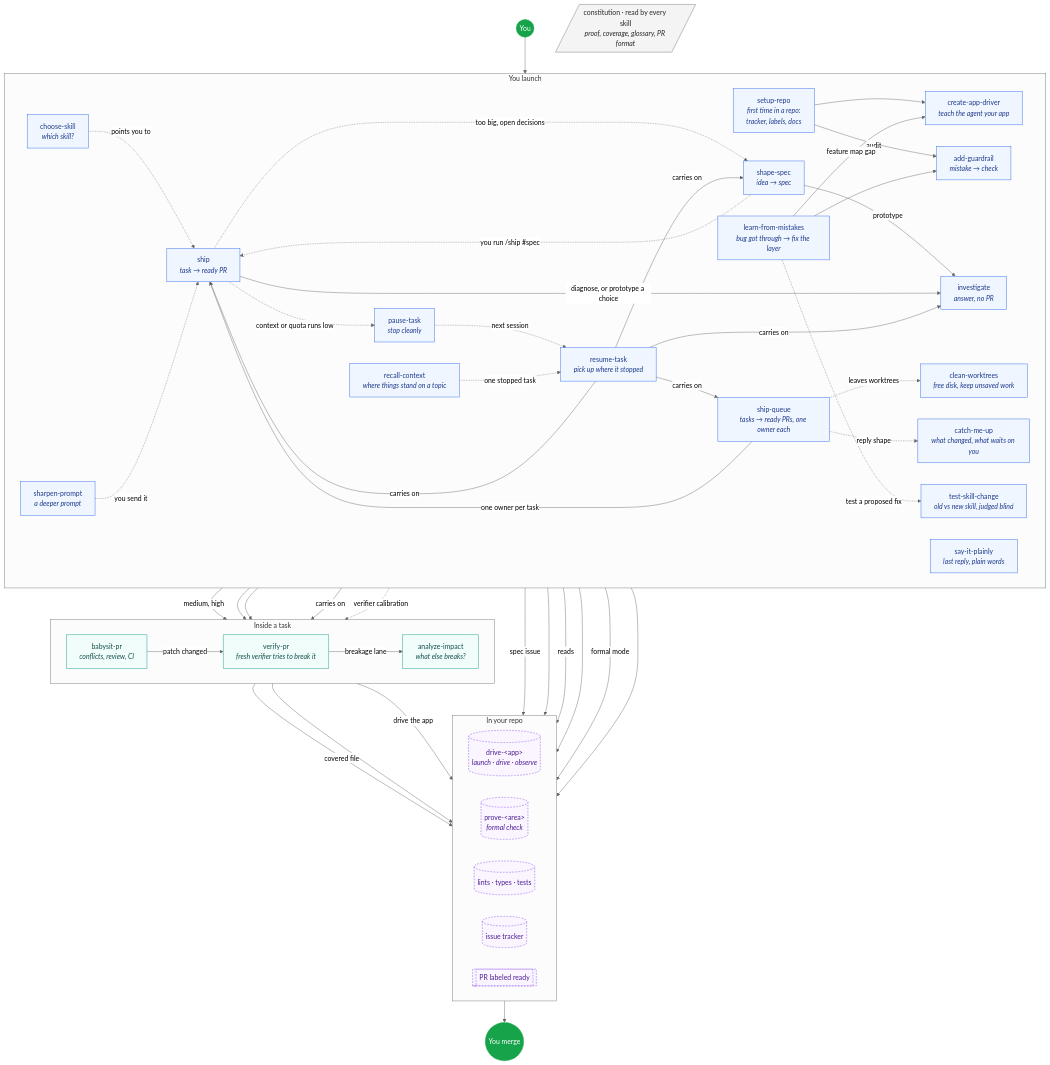
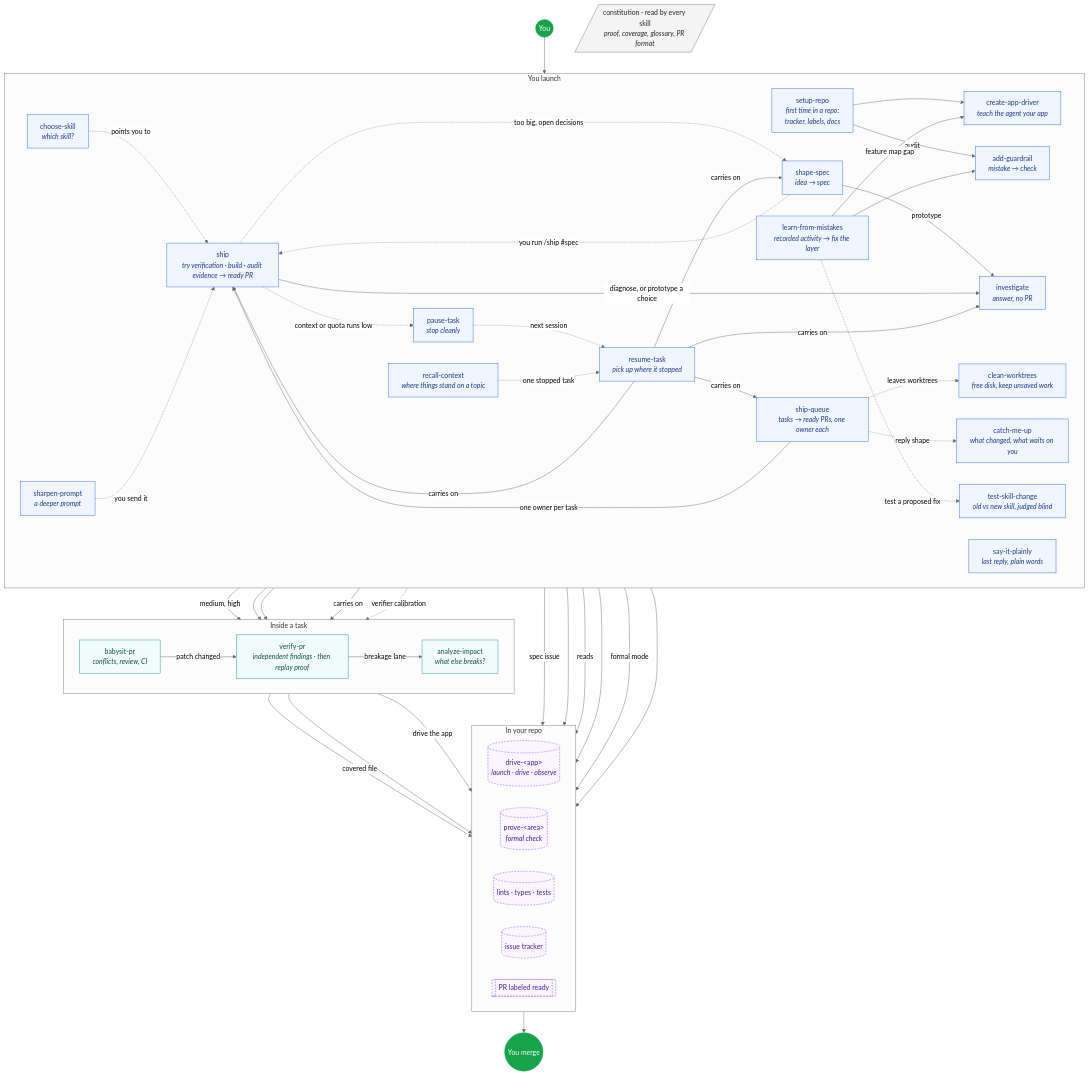
The first of 2 diagrams in skills/README.md (Ilian-Allaf/skillstack), drawn with Mermaid (neutral theme) before and after one commit. The commit also changed other lines of this file and 14 other files, not shown here.

Commit message:
Check verification setup and evidence after first framework use

```diff
--- a/skills/README.md
+++ b/skills/README.md
@@ -14,7 +14,7 @@
     setup["setup-repo<br/><i>first time in a repo:<br/>tracker, labels, docs</i>"]
     shape["shape-spec<br/><i>idea → spec</i>"]
     investigate["investigate<br/><i>answer, no PR</i>"]
-    ship["ship<br/><i>task → ready PR</i>"]
+    ship["ship<br/><i>try verification · build · audit evidence → ready PR</i>"]
     queue["ship-queue<br/><i>tasks → ready PRs, one owner each</i>"]
     pause["pause-task<br/><i>stop cleanly</i>"]
     resume["resume-task<br/><i>pick up where it stopped</i>"]
@@ -23,7 +23,7 @@
     cleanwt["clean-worktrees<br/><i>free disk, keep unsaved work</i>"]
     guard["add-guardrail<br/><i>mistake → check</i>"]
     cva["create-app-driver<br/><i>teach the agent your app</i>"]
-    learn["learn-from-mistakes<br/><i>bug got through → fix the layer</i>"]
+    learn["learn-from-mistakes<br/><i>recorded activity → fix the layer</i>"]
     testskill["test-skill-change<br/><i>old vs new skill, judged blind</i>"]
     sharpen["sharpen-prompt<br/><i>a deeper prompt</i>"]
     plain["say-it-plainly<br/><i>last reply, plain words</i>"]
@@ -32,7 +32,7 @@
   subgraph task ["Inside a task"]
     direction LR
     impact["analyze-impact<br/><i>what else breaks?</i>"]
-    verify["verify-pr<br/><i>fresh verifier tries to break it</i>"]
+    verify["verify-pr<br/><i>independent findings · then replay proof</i>"]
     babysit["babysit-pr<br/><i>conflicts, review, CI</i>"]
   end
 
```
